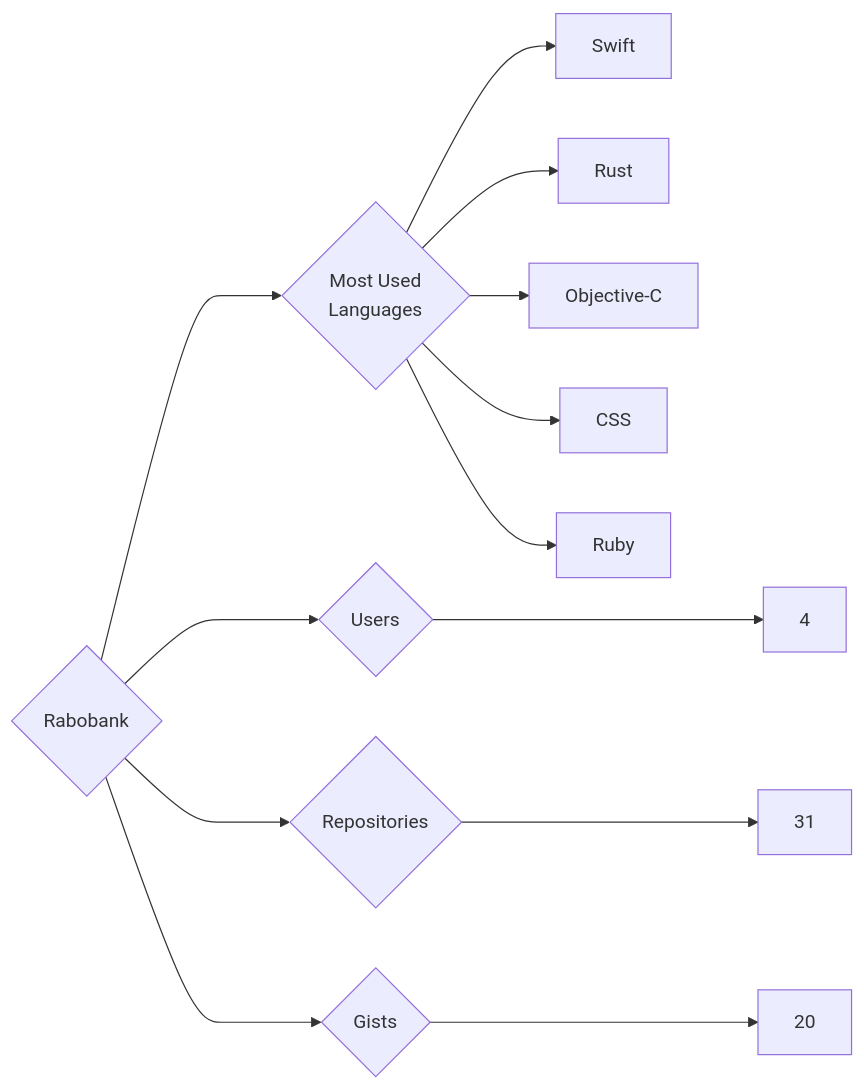
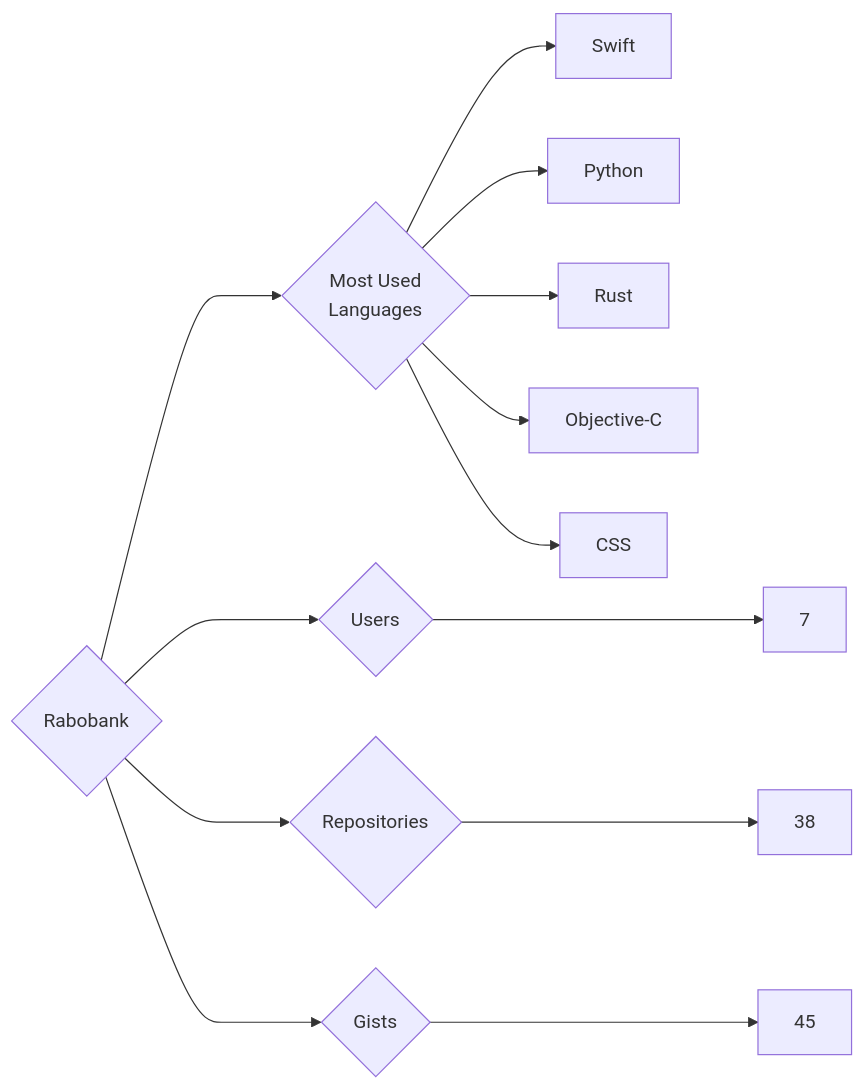
One commit to trickest/insiders changed the diagram in targets/Rabobank/README.md. Above: the diagram before and after it, drawn with Mermaid. The commit also changed 1479 other files, not shown here.

````diff
--- a/targets/Rabobank/README.md
+++ b/targets/Rabobank/README.md
@@ -3,13 +3,13 @@
 ```mermaid
 graph LR
 COMPANY_NAME{Rabobank}
-COMPANY_NAME ---> U{Users} ---> UN[4]
-COMPANY_NAME ---> R{Repositories} ---> RN[31]
-COMPANY_NAME ---> G{Gists} ---> GN[20]
+COMPANY_NAME ---> U{Users} ---> UN[7]
+COMPANY_NAME ---> R{Repositories} ---> RN[38]
+COMPANY_NAME ---> G{Gists} ---> GN[45]
 COMPANY_NAME ---> ML{Most Used<br>Languages}
 ML --> Swift[Swift]
+ML --> Python[Python]
 ML --> Rust[Rust]
 ML --> Objective-C[Objective-C]
 ML --> CSS[CSS]
-ML --> Ruby[Ruby]
 ```
````
